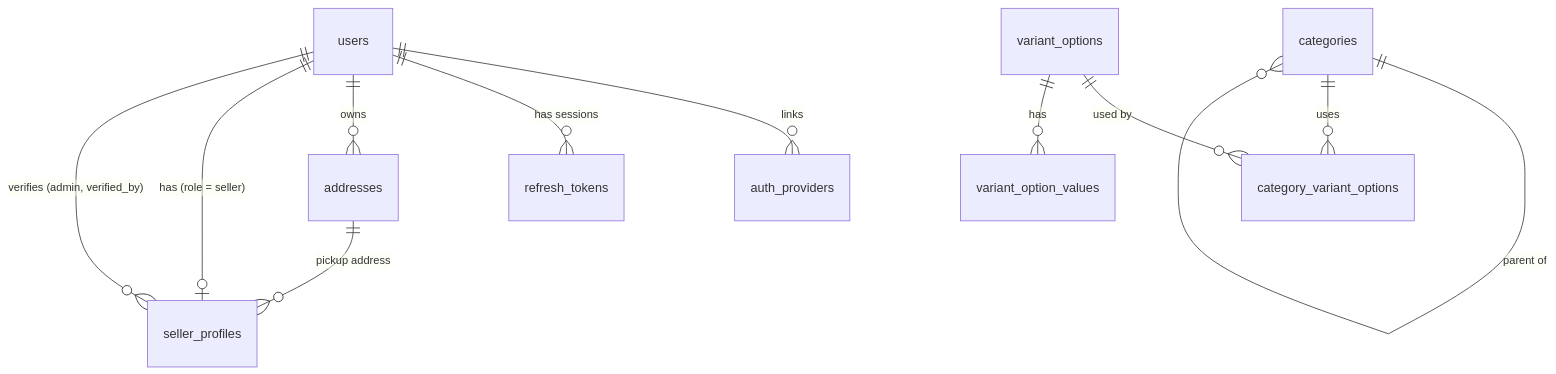
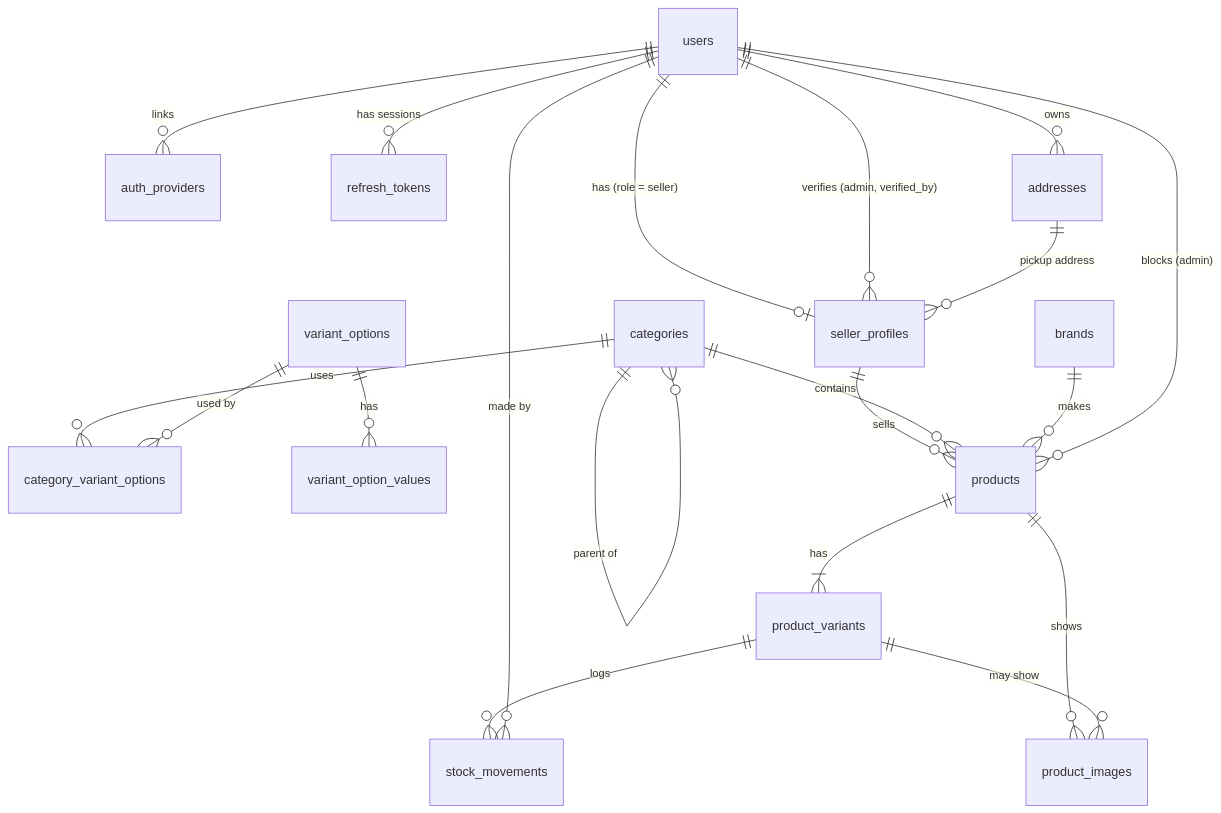
Before and after one commit to Bhupesh2sharma/AiEnabled-Ecommerce-Backend: the diagram in docs/DATABASE.md, drawn with Mermaid. The commit also changed other lines of this file and 4 other files, not shown here.

Commit message:
Add product, variant, image and stock history tables

````diff
--- a/docs/DATABASE.md
+++ b/docs/DATABASE.md
@@ -23,13 +24,22 @@
 ```mermaid
 erDiagram
     users ||--o{ auth_providers : "links"
     users ||--o{ refresh_tokens : "has sessions"
     users ||--o{ addresses : "owns"
     users ||--o| seller_profiles : "has (role = seller)"
     users ||--o{ seller_profiles : "verifies (admin, verified_by)"
     addresses ||--o{ seller_profiles : "pickup address"
     categories ||--o{ categories : "parent of"
     categories ||--o{ category_variant_options : "uses"
     variant_options ||--o{ category_variant_options : "used by"
     variant_options ||--o{ variant_option_values : "has"
+    seller_profiles ||--o{ products : "sells"
+    categories ||--o{ products : "contains"
+    brands ||--o{ products : "makes"
+    users ||--o{ products : "blocks (admin)"
+    products ||--|{ product_variants : "has"
+    products ||--o{ product_images : "shows"
+    product_variants ||--o{ product_images : "may show"
+    product_variants ||--o{ stock_movements : "logs"
+    users ||--o{ stock_movements : "made by"
 ```
````
